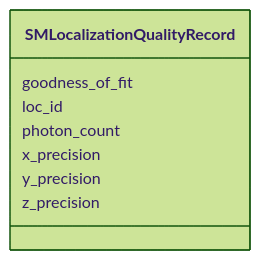
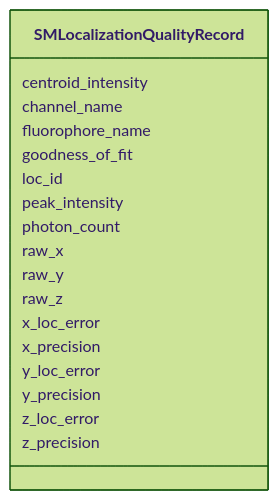
Before and after one commit to strambc/fof-ct-linkml: the diagram in docs/vol/SMLocalizationQualityRecord.md, drawn with Mermaid (forest theme). The commit also changed other lines of this file and 187 other files, not shown here.

First line of the commit message:
Align LinkML schema with FOF-CT RTD (review_updates)

````diff
--- a/docs/vol/SMLocalizationQualityRecord.md
+++ b/docs/vol/SMLocalizationQualityRecord.md
@@ -23,18 +23,38 @@
 ```mermaid
  classDiagram
     class SMLocalizationQualityRecord
     click SMLocalizationQualityRecord href "../SMLocalizationQualityRecord/"
+      SMLocalizationQualityRecord : centroid_intensity
+        
+      SMLocalizationQualityRecord : channel_name
+        
+      SMLocalizationQualityRecord : fluorophore_name
+        
       SMLocalizationQualityRecord : goodness_of_fit
         
       SMLocalizationQualityRecord : loc_id
         
+      SMLocalizationQualityRecord : peak_intensity
+        
       SMLocalizationQualityRecord : photon_count
+        
+      SMLocalizationQualityRecord : raw_x
+        
+      SMLocalizationQualityRecord : raw_y
+        
+      SMLocalizationQualityRecord : raw_z
+        
+      SMLocalizationQualityRecord : x_loc_error
         
       SMLocalizationQualityRecord : x_precision
         
+      SMLocalizationQualityRecord : y_loc_error
+        
       SMLocalizationQualityRecord : y_precision
+        
+      SMLocalizationQualityRecord : z_loc_error
         
       SMLocalizationQualityRecord : z_precision
         
       
 ```
````
